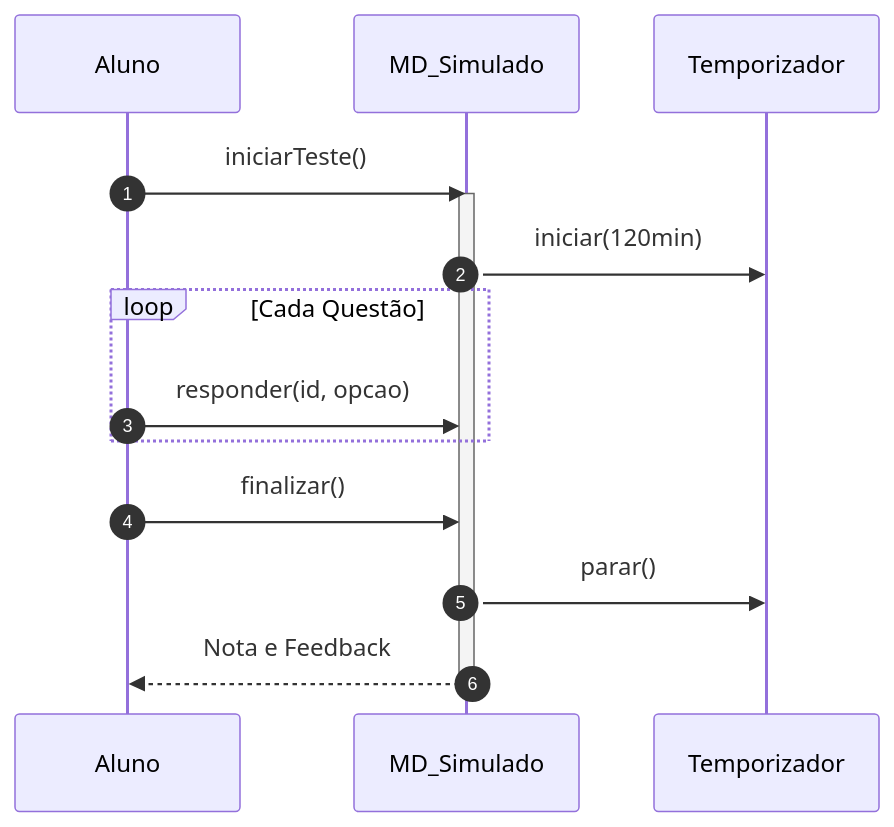
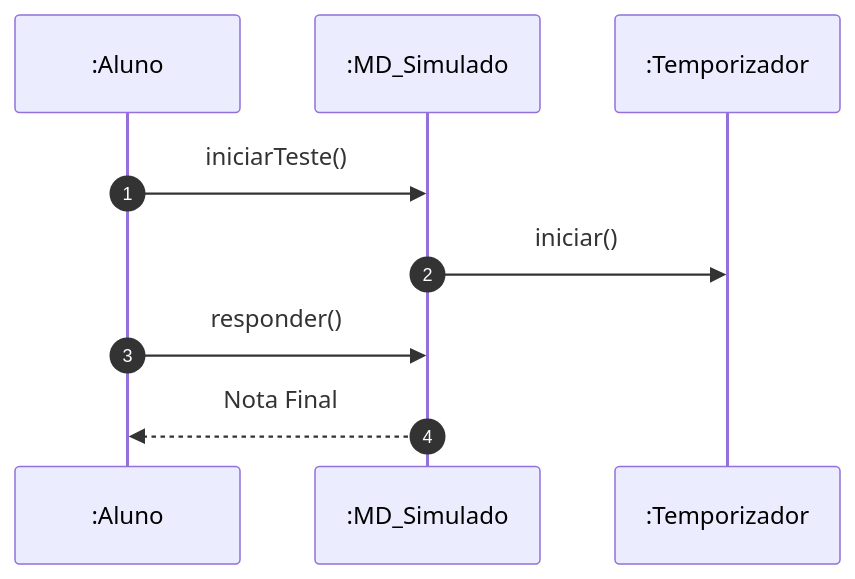
The second of 2 diagrams in PIM_III/02_Modelagem_UML_Astah/UC11_Realizar_Simulado_ENADE/README.md (MayconDIS/PIM_III-Documentacao_UML), drawn with Mermaid before and after one commit. The commit also changed other lines of this file and 17 other files, not shown here.

````diff
--- a/PIM_III/02_Modelagem_UML_Astah/UC11_Realizar_Simulado_ENADE/README.md
+++ b/PIM_III/02_Modelagem_UML_Astah/UC11_Realizar_Simulado_ENADE/README.md
@@ -46,17 +44,11 @@
 ```mermaid
 sequenceDiagram
     autonumber
-    participant A as Aluno
-    participant S as MD_Simulado
-    participant T as Temporizador
+    participant A as :Aluno
+    participant S as :MD_Simulado
+    participant T as :Temporizador
     A->>S: iniciarTeste()
-    activate S
-    S->>T: iniciar(120min)
-    loop Cada Questão
-        A->>S: responder(id, opcao)
-    end
-    A->>S: finalizar()
-    S->>T: parar()
-    S-->>A: Nota e Feedback
-    deactivate S
+    S->>T: iniciar()
+    A->>S: responder()
+    S-->>A: Nota Final
 ```
````
